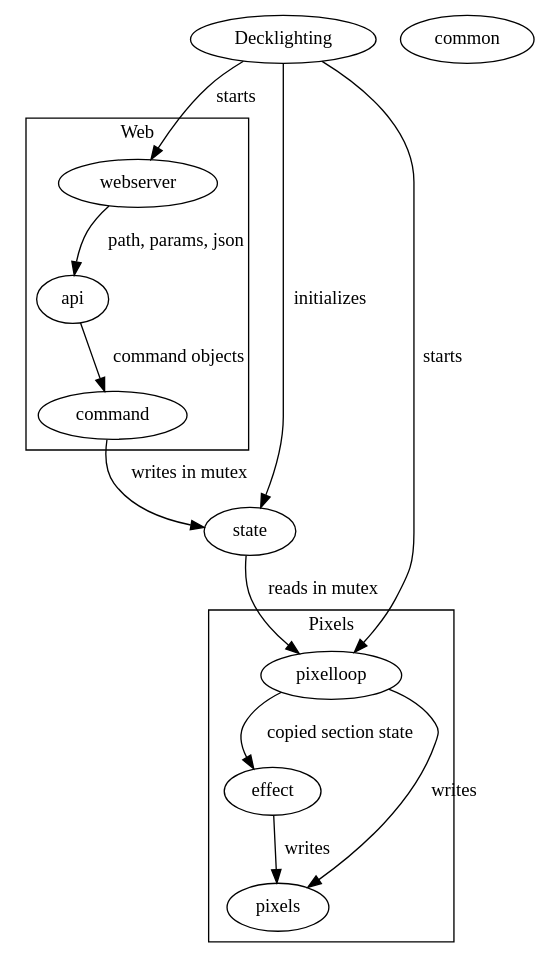
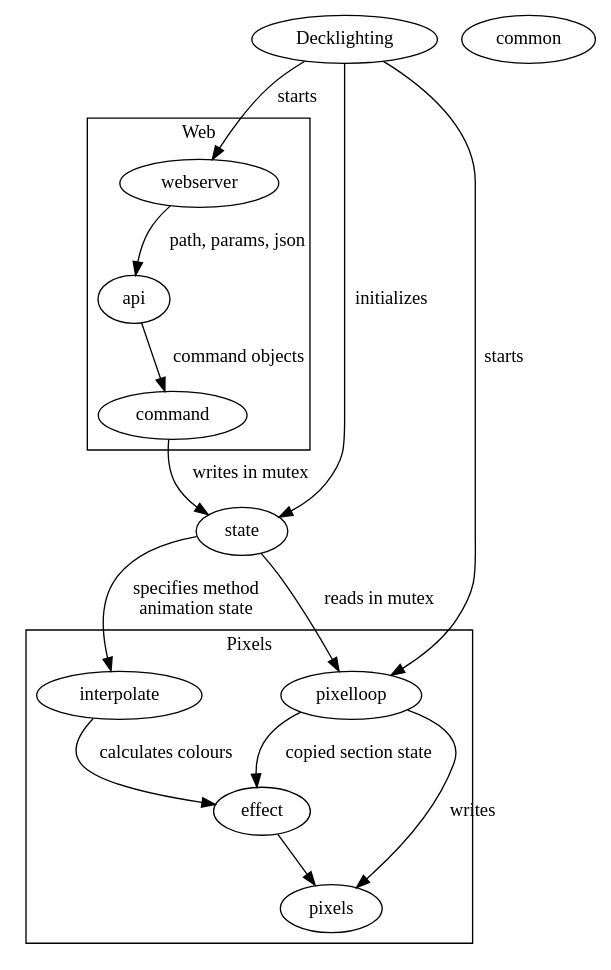
Before and after one commit to PaulMurrayCbr/Decklighting2: the diagram in src/core/doc.dot, drawn with Graphviz. The commit also changed 8 other files, not shown here.

```diff
--- a/src/core/doc.dot
+++ b/src/core/doc.dot
@@ -1,35 +1,39 @@
 digraph {
 
 Decklighting;
 common;
 state;
 
 subgraph  cluster_pix {
 label = "Pixels"
 pixelloop;
 effect;
 pixels;
+interpolate;
 }
 
 subgraph  cluster_web {
 label = "Web"
 webserver;
 api;
 command;
 }
 
 Decklighting -> pixelloop [label="starts"];
 Decklighting -> webserver [label="starts"];
 Decklighting -> state [label="initializes"];
 
 
 state -> pixelloop [label="reads in mutex"];
 pixelloop -> effect [label="copied section state"];
 pixelloop -> pixels [label="writes"];
-effect -> pixels [label="writes"];
+effect -> pixels 
+
+interpolate -> effect [label="calculates colours"];
+state -> interpolate [label="specifies method\nanimation state"];
 
 webserver -> api [label="path, params, json"];
 api -> command [label="command objects"];
 command -> state [label="writes in mutex"];
 
 }
```
